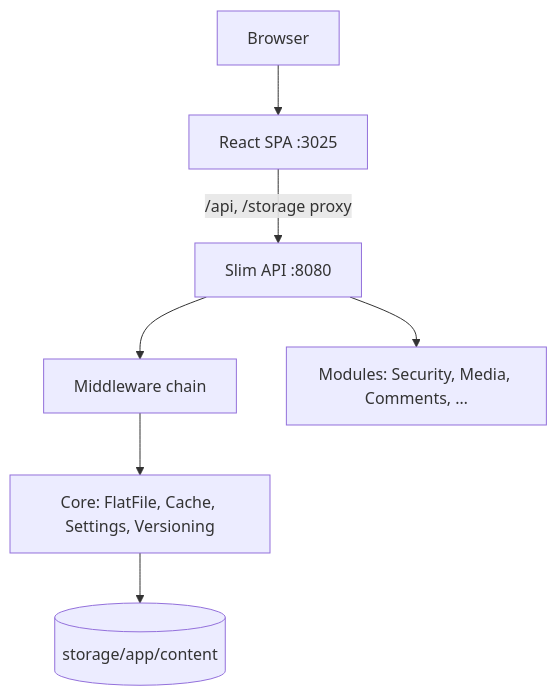
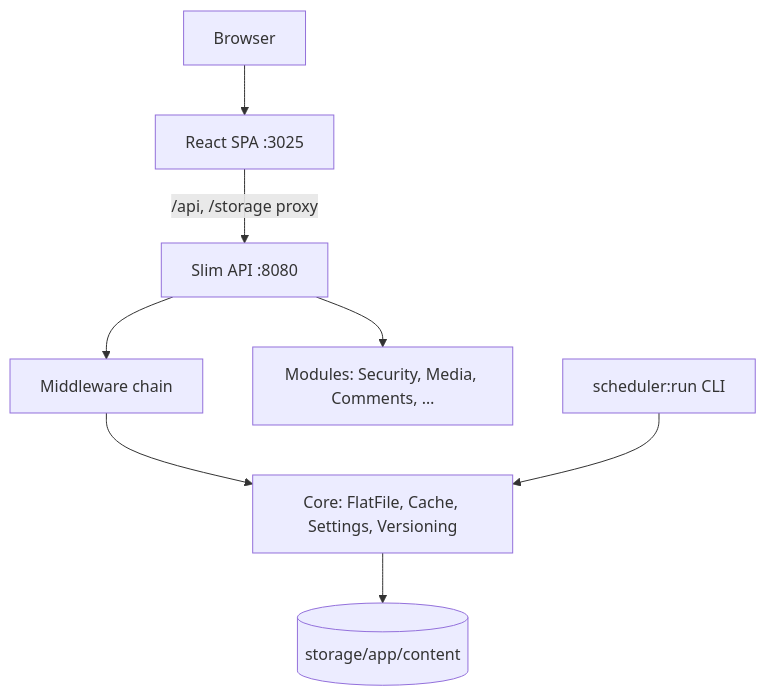
The diagram in docs/README.md (techberode/paginiumcms-architecture), drawn with Mermaid before and after one commit. The commit also changed other lines of this file and 32 other files, not shown here.

First line of the commit message:
release(2.0.18): cron planner, job queue, and roadmap for search UX

````diff
--- a/docs/README.md
+++ b/docs/README.md
@@ -58,9 +68,10 @@
 ```mermaid
 graph TD
     Browser[Browser] --> FE[React SPA :3025]
     FE -->|/api, /storage proxy| API[Slim API :8080]
     API --> MW[Middleware chain]
     MW --> Core[Core: FlatFile, Cache, Settings, Versioning]
     Core --> Storage[(storage/app/content)]
     API --> Modules[Modules: Security, Media, Comments, …]
+    Scheduler[scheduler:run CLI] --> Core
 ```
````
